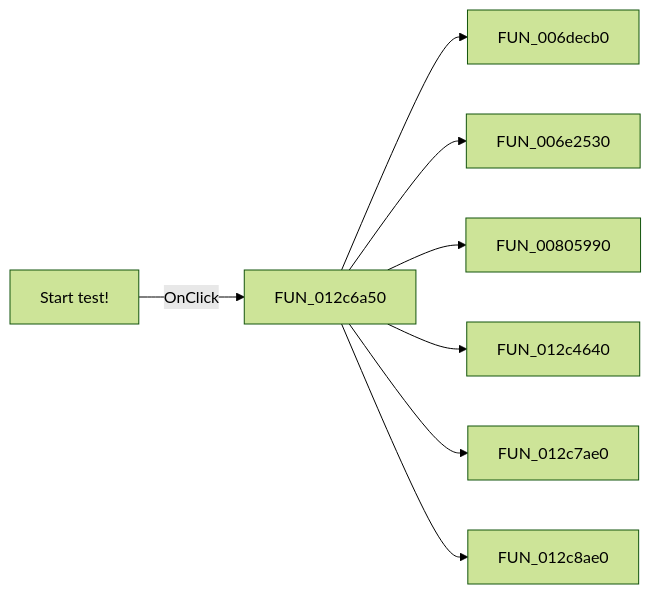
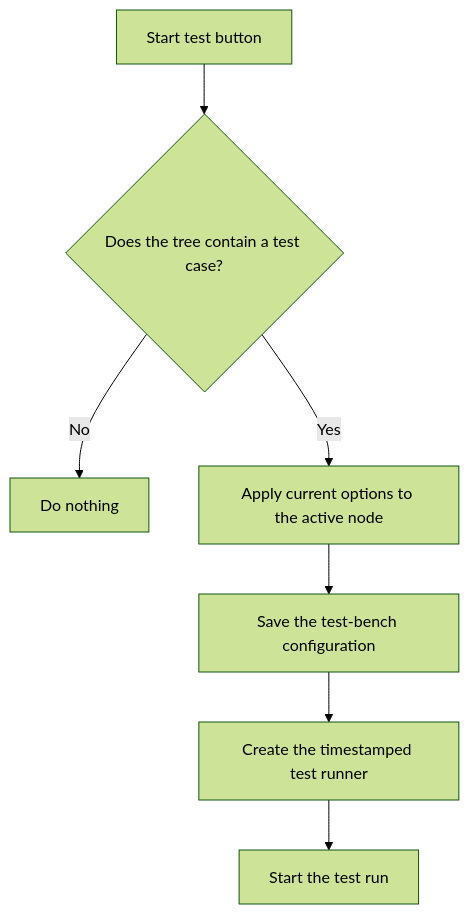
Before and after one commit to MovGP0/TIARA: the diagram in docs/ui-controls/frmtestbencheditor/btnstarttest-f3de2c34d6.md, drawn with Mermaid (forest theme). The commit also changed other lines of this file and 387 other files, not shown here.

````diff
--- a/docs/ui-controls/frmtestbencheditor/btnstarttest-f3de2c34d6.md
+++ b/docs/ui-controls/frmtestbencheditor/btnstarttest-f3de2c34d6.md
@@ -27,10 +19,9 @@
 ```mermaid
-flowchart LR
-    control["Start test!"] -->|OnClick| handler["FUN_012c6a50"]
-    handler --> call1["FUN_006decb0"]
-    handler --> call2["FUN_006e2530"]
-    handler --> call3["FUN_00805990"]
-    handler --> call4["FUN_012c4640"]
-    handler --> call5["FUN_012c7ae0"]
-    handler --> call6["FUN_012c8ae0"]
+flowchart TD
+    control["Start test button"] --> cases{"Does the tree contain a test case?"}
+    cases -->|No| noop["Do nothing"]
+    cases -->|Yes| apply["Apply current options to the active node"]
+    apply --> save["Save the test-bench configuration"]
+    save --> runner["Create the timestamped test runner"]
+    runner --> start["Start the test run"]
 ```
````
